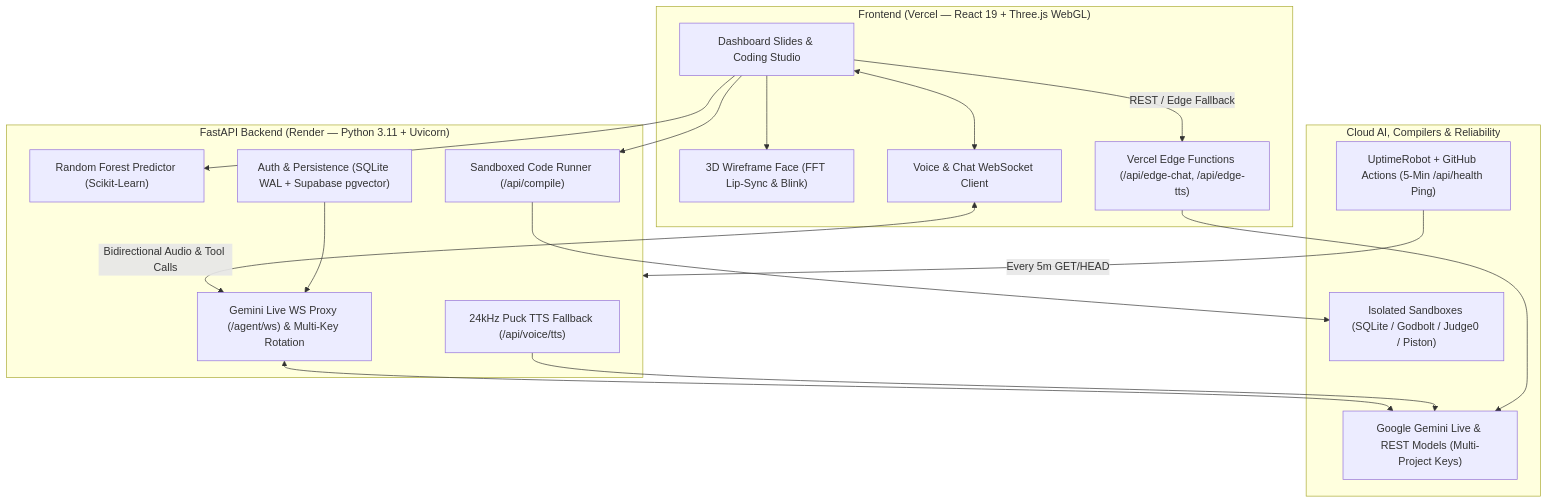
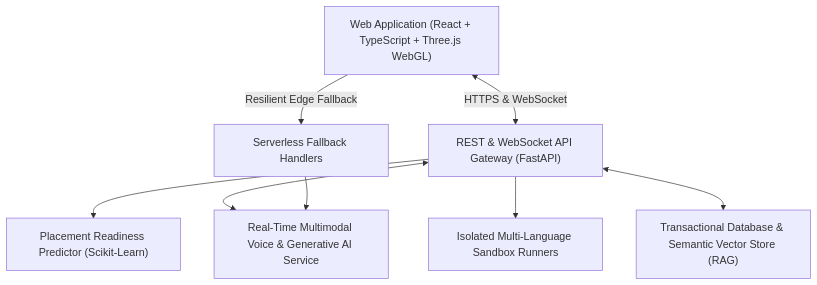
One commit to dileepbommali16-ops/pathfinder changed the diagram in README.md. Above: the diagram before and after it, drawn with Mermaid. The commit also changed other lines of this file and 1 other file, not shown here.

````diff
--- a/README.md
+++ b/README.md
@@ -47,36 +37,18 @@
 ```mermaid
 flowchart TB
-    subgraph Client["Frontend (Vercel — React 19 + Three.js WebGL)"]
-        UI["Dashboard Slides & Coding Studio"]
-        Avatar["3D Wireframe Face (FFT Lip-Sync & Blink)"]
-        WSClient["Voice & Chat WebSocket Client"]
-        EdgeAPI["Vercel Edge Functions (/api/edge-chat, /api/edge-tts)"]
-    end
+    Client["Web Application (React + TypeScript + Three.js WebGL)"]
+    Edge["Serverless Fallback Handlers"]
+    Gateway["REST & WebSocket API Gateway (FastAPI)"]
+    ML["Placement Readiness Predictor (Scikit-Learn)"]
+    AI["Real-Time Multimodal Voice & Generative AI Service"]
+    Compiler["Isolated Multi-Language Sandbox Runners"]
+    Store["Transactional Database & Semantic Vector Store (RAG)"]
 
-    subgraph Backend["FastAPI Backend (Render — Python 3.11 + Uvicorn)"]
-        LiveProxy["Gemini Live WS Proxy (/agent/ws) & Multi-Key Rotation"]
-        ML["Random Forest Predictor (Scikit-Learn)"]
-        Compiler["Sandboxed Code Runner (/api/compile)"]
-        AuthDB["Auth & Persistence (SQLite WAL + Supabase pgvector)"]
-        VoiceTTS["24kHz Puck TTS Fallback (/api/voice/tts)"]
-    end
-
-    subgraph External["Cloud AI, Compilers & Reliability"]
-        Gemini["Google Gemini Live & REST Models (Multi-Project Keys)"]
-        Sandboxes["Isolated Sandboxes (SQLite / Godbolt / Judge0 / Piston)"]
-        KeepAlive["UptimeRobot + GitHub Actions (5-Min /api/health Ping)"]
-    end
-
-    UI --> Avatar
-    UI <--> WSClient
-    WSClient <-->|"Bidirectional Audio & Tool Calls"| LiveProxy
-    UI -->|"REST / Edge Fallback"| EdgeAPI
-    LiveProxy <--> Gemini
-    VoiceTTS --> Gemini
-    EdgeAPI --> Gemini
-    UI --> ML
-    UI --> Compiler
-    Compiler --> Sandboxes
-    AuthDB --> LiveProxy
-    KeepAlive -->|"Every 5m GET/HEAD"| Backend
+    Client <-->|"HTTPS & WebSocket"| Gateway
+    Client -->|"Resilient Edge Fallback"| Edge
+    Gateway --> ML
+    Gateway <--> AI
+    Edge --> AI
+    Gateway --> Compiler
+    Gateway <--> Store
 ```
````
